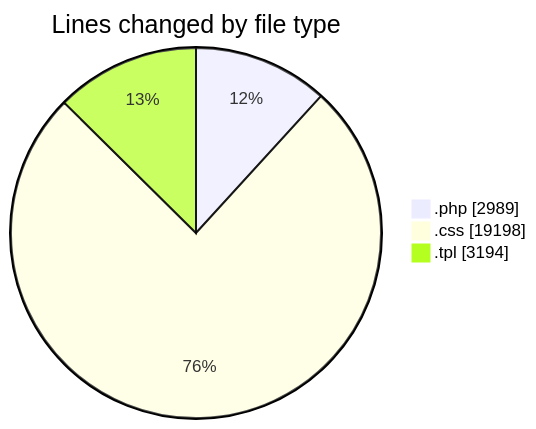
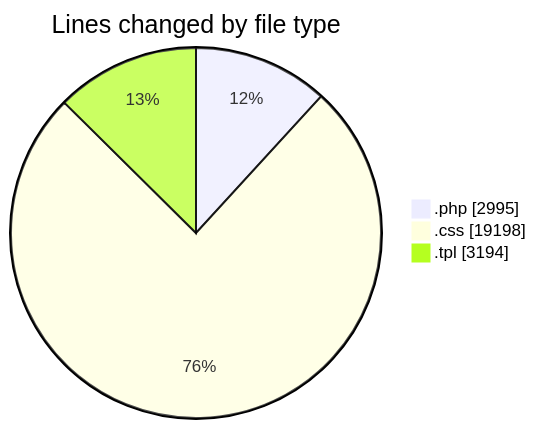
One commit to vahidmafi/code-tracking changed the first of 2 diagrams in 2025-03-23/zeytoon/README.md. Above: the diagram before and after it, drawn with Mermaid. The commit also changed other lines of this file and 1 other file, not shown here.

````diff
--- a/2025-03-23/zeytoon/README.md
+++ b/2025-03-23/zeytoon/README.md
@@ -28,7 +28,7 @@
 ```mermaid
 pie showData
 title Lines changed by file type
-".php" : 2989
+".php" : 2995
 ".css" : 19198
 ".tpl" : 3194
 ```
````
